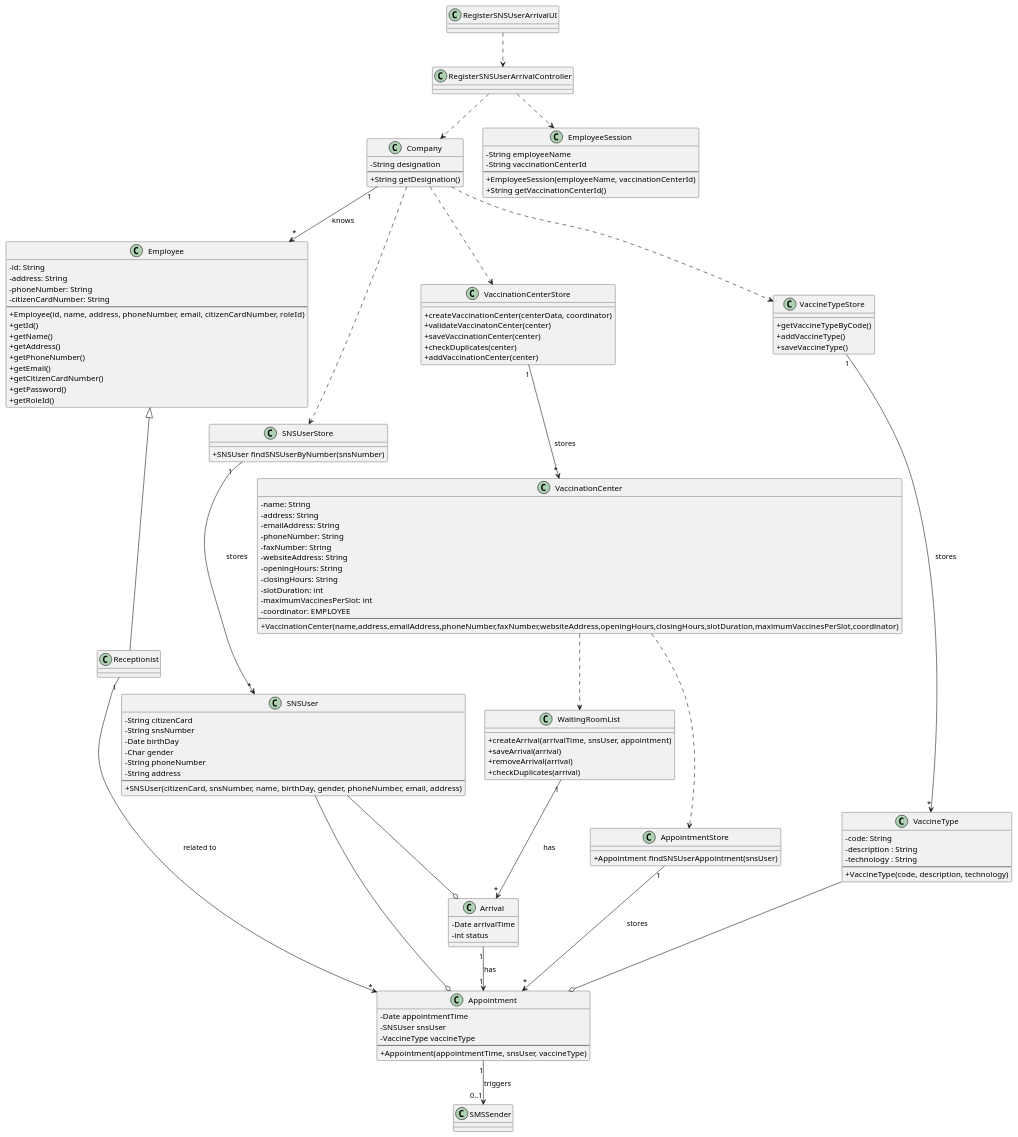
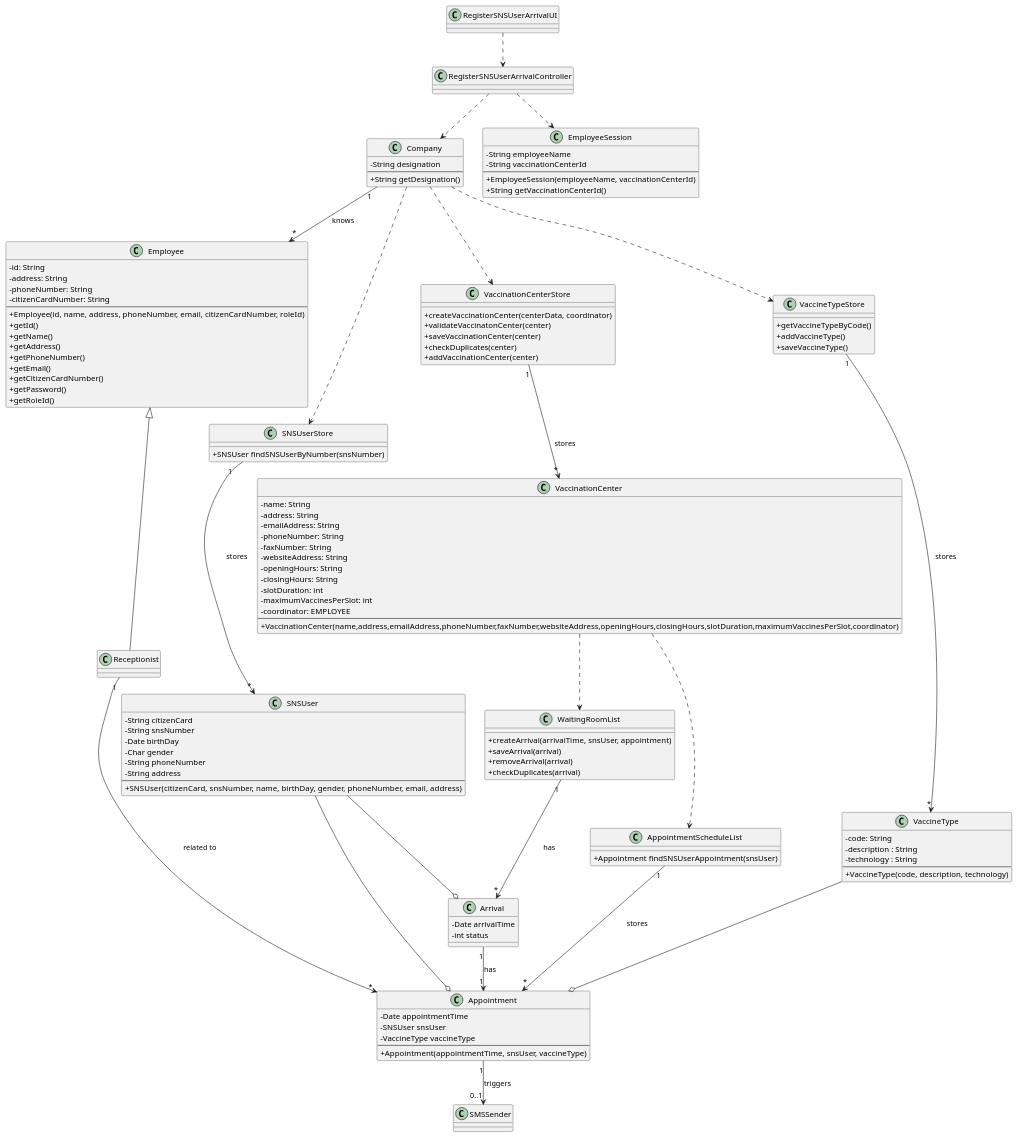
One commit to miseEnPlace-i/lapr2 changed the diagram in docs/SprintC/US04/CD/US04_CD.puml. Above: the diagram before and after it, drawn with PlantUML. The commit also changed 1 other file, not shown here.

```diff
--- a/docs/SprintC/US04/CD/US04_CD.puml
+++ b/docs/SprintC/US04/CD/US04_CD.puml
@@ -1,157 +1,157 @@
 @startuml US04_CD
 skinparam classAttributeIconSize 0
 
 class Appointment {
   - Date appointmentTime
   - SNSUser snsUser
   - VaccineType vaccineType
   ---
   + Appointment(appointmentTime, snsUser, vaccineType)
 }
 
-class AppointmentStore {
+class AppointmentScheduleList {
   + Appointment findSNSUserAppointment(snsUser)
 }
 
 class Arrival {
   - Date arrivalTime
   - int status
 }
 
 class Company {
   - String designation
   ---
   + String getDesignation()
 }
 
 class Employee {
   - id: String
   - address: String
   - phoneNumber: String
   - citizenCardNumber: String
   ---
   + Employee(id, name, address, phoneNumber, email, citizenCardNumber, roleId)
   + getId()
   + getName()
   + getAddress()
   + getPhoneNumber()
   + getEmail()
   + getCitizenCardNumber()
   + getPassword()
   + getRoleId()
 }
 
 class EmployeeSession {
   - String employeeName
   - String vaccinationCenterId
   ---
   + EmployeeSession(employeeName, vaccinationCenterId)
   + String getVaccinationCenterId()  
 }
 
 class RegisterSNSUserArrivalUI {}
 
 class RegisterSNSUserArrivalController {}
 
 class SNSUser {
   - String citizenCard
   - String snsNumber
   - Date birthDay
   - Char gender
   - String phoneNumber
   - String address
   ---
   + SNSUser(citizenCard, snsNumber, name, birthDay, gender, phoneNumber, email, address)
 }
 
 class SNSUserStore {
   + SNSUser findSNSUserByNumber(snsNumber)
 }
 
 class Receptionist {}
 
 class SMSSender {}
 
 class VaccinationCenter {
   - name: String
   - address: String
   - emailAddress: String
   - phoneNumber: String
   - faxNumber: String
   - websiteAddress: String
   - openingHours: String
   - closingHours: String
   - slotDuration: int
   - maximumVaccinesPerSlot: int
   - coordinator: EMPLOYEE
   ---
   + VaccinationCenter(name,address,emailAddress,phoneNumber,faxNumber,websiteAddress,openingHours,closingHours,slotDuration,maximumVaccinesPerSlot,coordinator)
 }
 
 class VaccinationCenterStore {
   + createVaccinationCenter(centerData, coordinator)
   + validateVaccinatonCenter(center)
   + saveVaccinationCenter(center)
   + checkDuplicates(center)
   + addVaccinationCenter(center)
 }
 
 class VaccineType {
   - code: String
   - description : String
   - technology : String
   ---
   + VaccineType(code, description, technology)
 }
 
 class VaccineTypeStore {
   + getVaccineTypeByCode()
   + addVaccineType()
   + saveVaccineType()
 }
 
 class WaitingRoomList {
   + createArrival(arrivalTime, snsUser, appointment)
   + saveArrival(arrival)
   + removeArrival(arrival)
   + checkDuplicates(arrival)
 }
 
 
 Appointment "1" --> "0..1" SMSSender : triggers
 
-AppointmentStore "1" --> "*" Appointment : stores
+AppointmentScheduleList "1" --> "*" Appointment : stores
 
 Arrival "1" --> "1" Appointment : has
 
 Company ..> SNSUserStore
 Company ..> VaccinationCenterStore
 Company ..> VaccineTypeStore
 Company "1" --> "*" Employee : knows
 
 Employee <|-- Receptionist
 
 Receptionist "1" --> "*" Appointment : related to
 
 RegisterSNSUserArrivalController ..> Company
 RegisterSNSUserArrivalController ..> EmployeeSession
 
 RegisterSNSUserArrivalUI ..> RegisterSNSUserArrivalController
 
 SNSUser --o Arrival
 SNSUser --o Appointment
 
 SNSUserStore "1" --> "*" SNSUser : stores
 
 VaccinationCenter ..> WaitingRoomList
-VaccinationCenter ..> AppointmentStore
+VaccinationCenter ..> AppointmentScheduleList
 
 VaccinationCenterStore "1" --> "*" VaccinationCenter : stores
 
 VaccineType --o Appointment
 
 VaccineTypeStore "1" --> "*" VaccineType : stores
 
 WaitingRoomList "1" --> "*" Arrival : has
 
 @enduml
```
